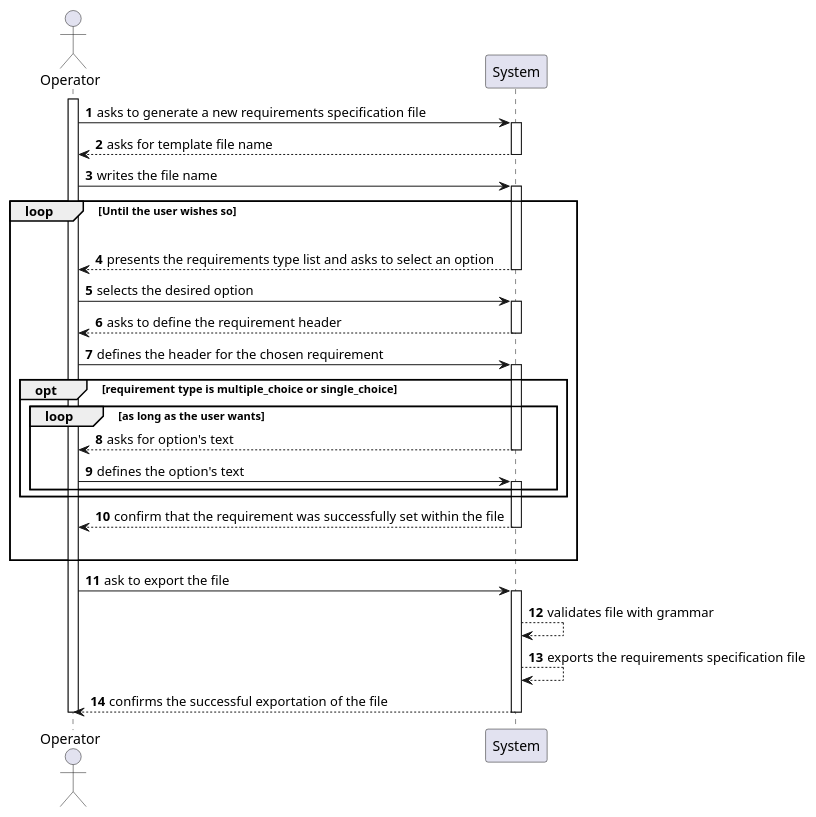
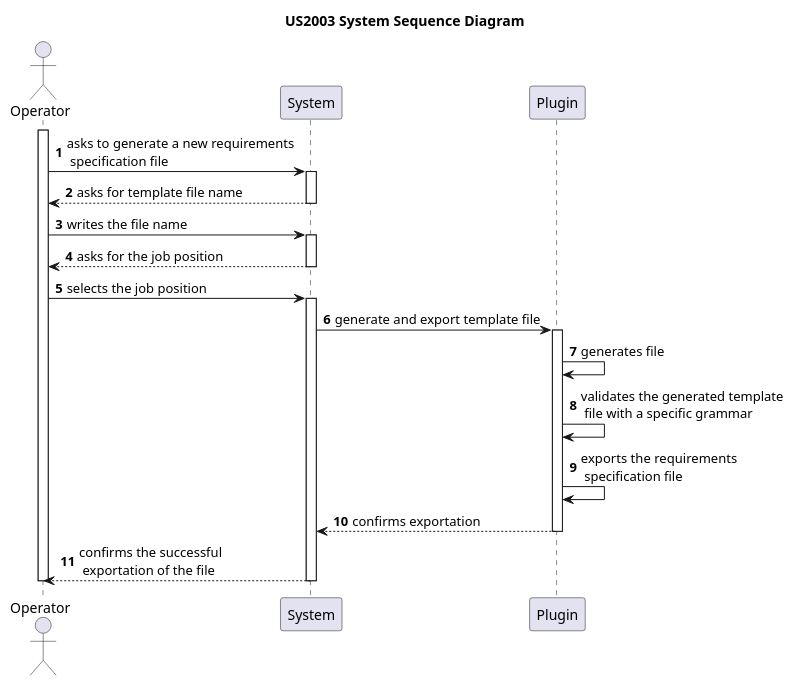
One commit to rita-barbosa/LAPR4-2324 changed the diagram in docs/sb_us_2003/US2003_SSD/us_2003_SSD.puml. Above: the diagram before and after it, drawn with PlantUML. The commit also changed 4 other files, not shown here.

```diff
--- a/docs/sb_us_2003/US2003_SSD/us_2003_SSD.puml
+++ b/docs/sb_us_2003/US2003_SSD/us_2003_SSD.puml
@@ -1,67 +1,46 @@
 @startuml US2003_SSD
 autonumber
 
+title US2003 System Sequence Diagram
+
 actor "Operator" as OP
 participant "System" as SYS
+participant "Plugin" as PLU
 
 activate OP
 
-OP -> SYS : asks to generate a new requirements specification file
+OP -> SYS : asks to generate a new requirements\n specification file
 
 activate SYS
 
     SYS --> OP : asks for template file name
 deactivate SYS
 
 OP -> SYS : writes the file name
 activate SYS
 
-loop Until the user wishes so
-|||
+SYS --> OP : asks for the job position
+deactivate SYS
 
-    SYS --> OP : presents the requirements type list and asks to select an option
-    deactivate SYS
-
-    OP -> SYS : selects the desired option
-
-    activate SYS
-
-    SYS --> OP : asks to define the requirement header
-    deactivate SYS
-
-    OP -> SYS : defines the header for the chosen requirement
-
-    activate SYS
-
-    opt requirement type is multiple_choice or single_choice
-        loop as long as the user wants
-            SYS --> OP : asks for option's text
-            deactivate SYS
-
-            OP -> SYS : defines the option's text
-            activate SYS
-        end loop
-    end opt
-
-    activate SYS
-
-    SYS --> OP : confirm that the requirement was successfully set within the file
-    deactivate SYS
-|||
-end loop
-
-OP -> SYS : ask to export the file
-
+OP -> SYS : selects the job position
 activate SYS
 
-SYS --> SYS : validates file with grammar
+SYS -> PLU : generate and export template file
+activate PLU
 
-SYS --> SYS : exports the requirements specification file
+PLU -> PLU : generates file
 
-SYS --> OP : confirms the successful exportation of the file
+PLU -> PLU : validates the generated template\n file with a specific grammar
+
+PLU -> PLU : exports the requirements\n specification file
+
+PLU --> SYS : confirms exportation
+deactivate PLU
+
+SYS --> OP : confirms the successful\n exportation of the file
 deactivate SYS
 
 
 deactivate OP
 
 @enduml
```
